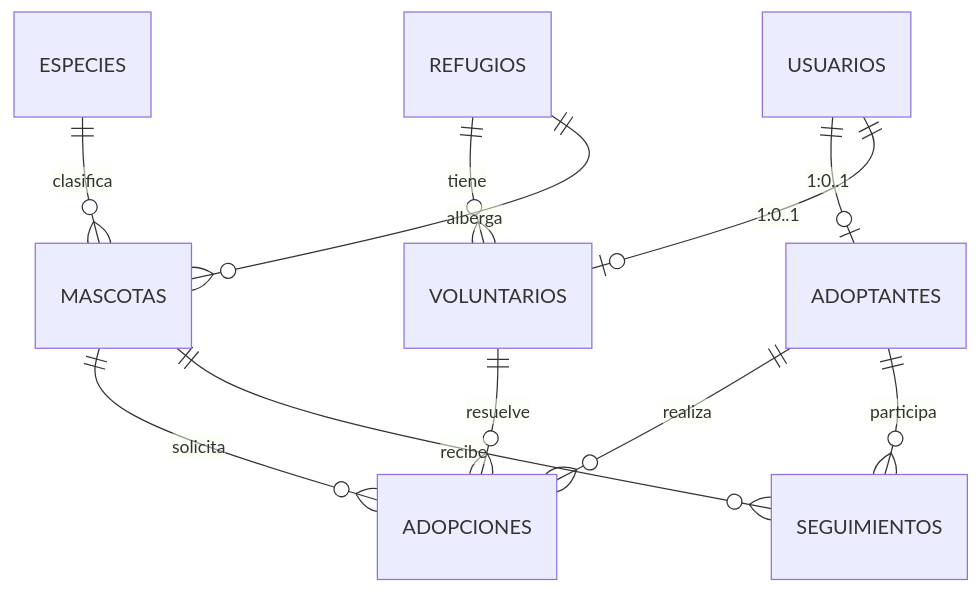
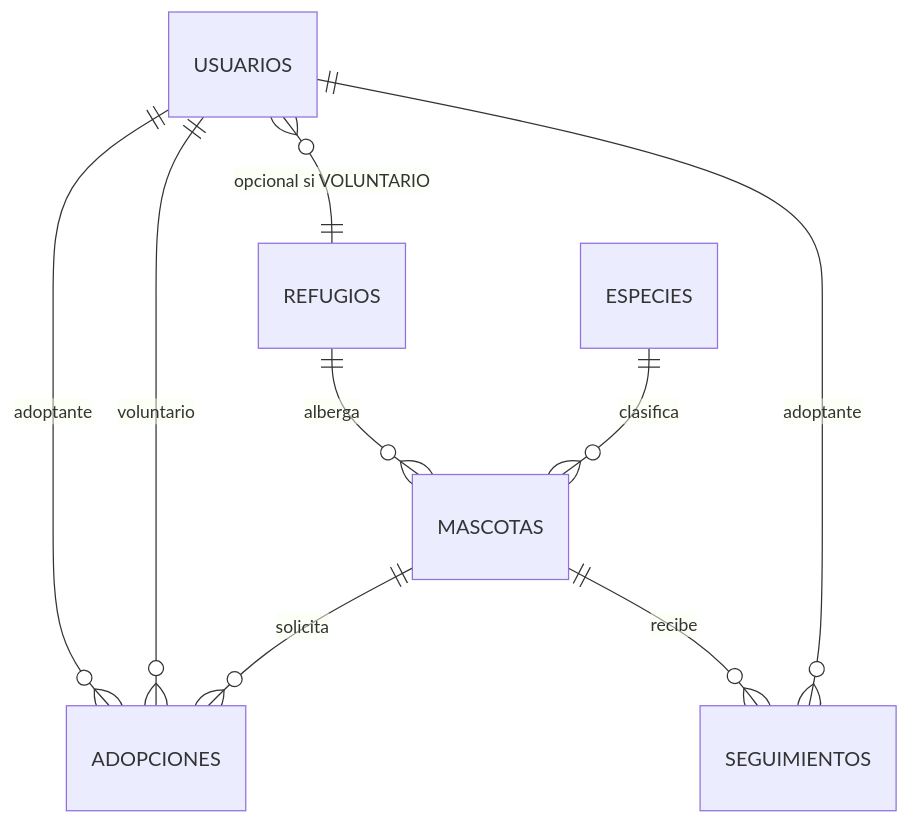
Before and after one commit to mariazabache0510-ctrl/huellas-de-amor: the diagram in docs/INFORME.md, drawn with Mermaid. The commit also changed other lines of this file and 18 other files, not shown here.

````diff
--- a/docs/INFORME.md
+++ b/docs/INFORME.md
@@ -65,13 +66,11 @@
 ```mermaid
 erDiagram
-    USUARIOS ||--o| ADOPTANTES : "1:0..1"
-    USUARIOS ||--o| VOLUNTARIOS : "1:0..1"
-    REFUGIOS ||--o{ VOLUNTARIOS : tiene
+    USUARIOS ||--o{ ADOPCIONES : "adoptante"
+    USUARIOS ||--o{ ADOPCIONES : "voluntario"
+    USUARIOS }o--|| REFUGIOS : "opcional si VOLUNTARIO"
     REFUGIOS ||--o{ MASCOTAS : alberga
     ESPECIES ||--o{ MASCOTAS : clasifica
     MASCOTAS ||--o{ ADOPCIONES : solicita
-    ADOPTANTES ||--o{ ADOPCIONES : realiza
-    VOLUNTARIOS ||--o{ ADOPCIONES : resuelve
     MASCOTAS ||--o{ SEGUIMIENTOS : recibe
-    ADOPTANTES ||--o{ SEGUIMIENTOS : participa
+    USUARIOS ||--o{ SEGUIMIENTOS : "adoptante"
 ```
````
